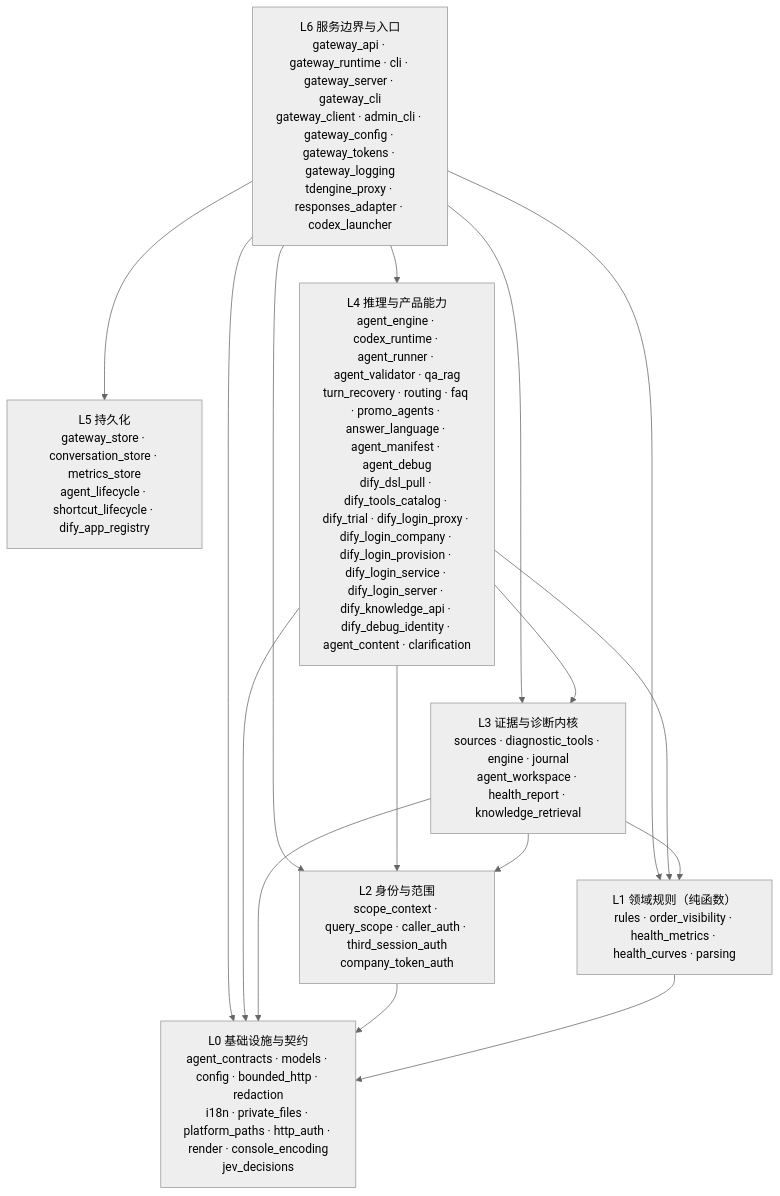
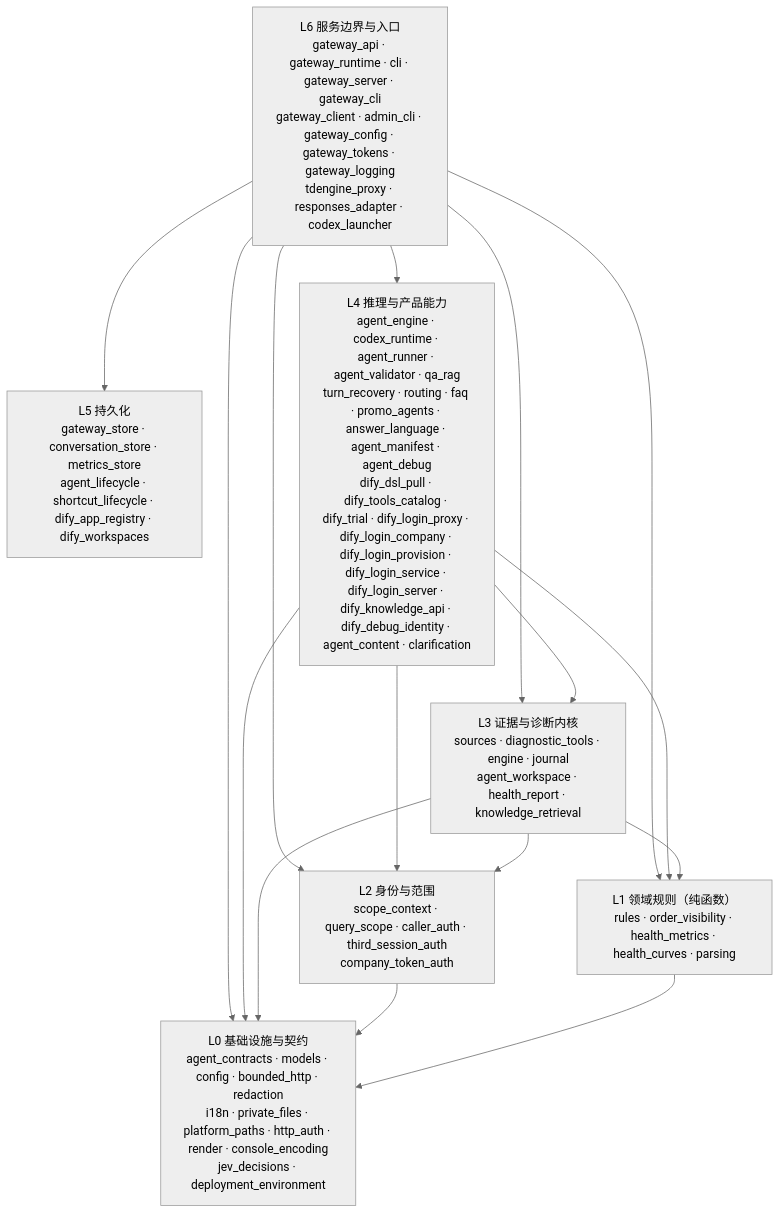
One commit to kilbertert/AI-Ops changed the diagram in README.md. Above: the diagram before and after it, drawn with Mermaid (neutral theme). The commit also changed other lines of this file and 17 other files, not shown here.

First line of the commit message:
feat(dify): 环境身份 + dify_workspaces + resolve_workspace（只查不建）(#879)

````diff
--- a/README.md
+++ b/README.md
@@ -183,26 +183,26 @@
 ```mermaid
 flowchart TB
     L6["L6 服务边界与入口<br/>gateway_api · gateway_runtime · cli · gateway_server · gateway_cli<br/>gateway_client · admin_cli · gateway_config · gateway_tokens · gateway_logging<br/>tdengine_proxy · responses_adapter · codex_launcher"]
-    L5["L5 持久化<br/>gateway_store · conversation_store · metrics_store<br/>agent_lifecycle · shortcut_lifecycle · dify_app_registry"]
+    L5["L5 持久化<br/>gateway_store · conversation_store · metrics_store<br/>agent_lifecycle · shortcut_lifecycle · dify_app_registry · dify_workspaces"]
     L4["L4 推理与产品能力<br/>agent_engine · codex_runtime · agent_runner · agent_validator · qa_rag<br/>turn_recovery · routing · faq · promo_agents · answer_language · agent_manifest · agent_debug<br/>dify_dsl_pull · dify_tools_catalog · dify_trial · dify_login_proxy · dify_login_company · dify_login_provision · dify_login_service · dify_login_server · dify_knowledge_api · dify_debug_identity · agent_content · clarification"]
     L3["L3 证据与诊断内核<br/>sources · diagnostic_tools · engine · journal<br/>agent_workspace · health_report · knowledge_retrieval"]
     L2["L2 身份与范围<br/>scope_context · query_scope · caller_auth · third_session_auth<br/>company_token_auth"]
     L1["L1 领域规则（纯函数）<br/>rules · order_visibility · health_metrics · health_curves · parsing"]
-    L0["L0 基础设施与契约<br/>agent_contracts · models · config · bounded_http · redaction<br/>i18n · private_files · platform_paths · http_auth · render · console_encoding<br/>jev_decisions"]
+    L0["L0 基础设施与契约<br/>agent_contracts · models · config · bounded_http · redaction<br/>i18n · private_files · platform_paths · http_auth · render · console_encoding<br/>jev_decisions · deployment_environment"]
 
     L6 --> L5
     L6 --> L4
     L6 --> L3
     L6 --> L2
     L6 --> L1
     L6 --> L0
     L4 --> L3
     L4 --> L2
     L4 --> L1
     L4 --> L0
     L3 --> L2
     L3 --> L1
     L3 --> L0
     L2 --> L0
     L1 --> L0
 ```
````
